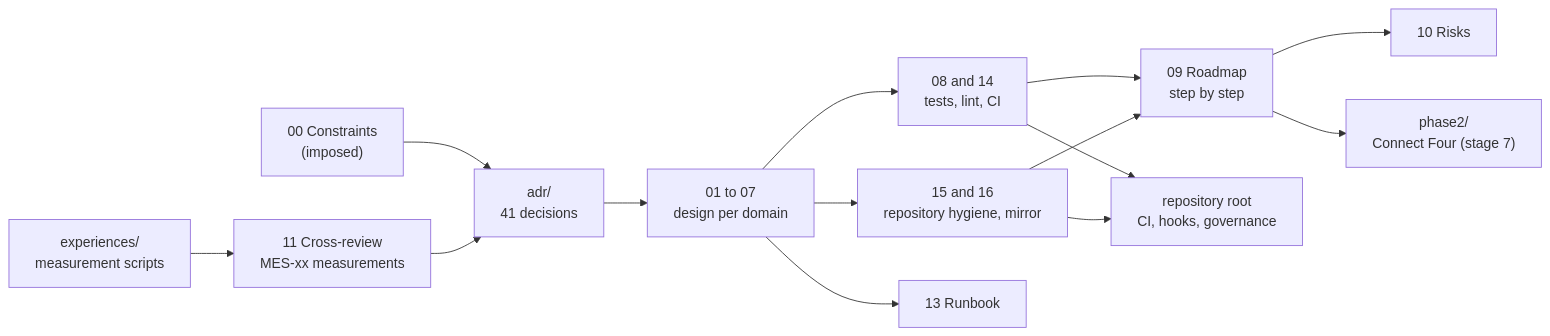
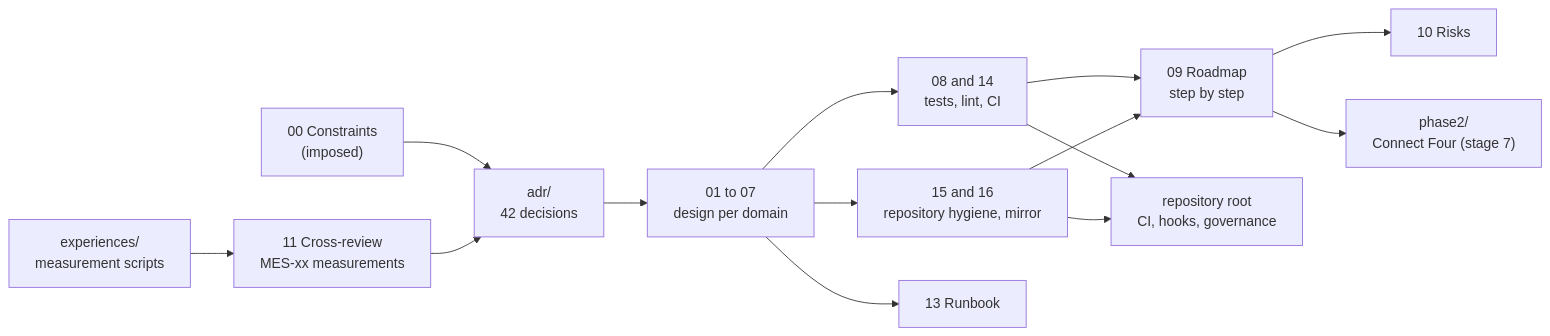
One commit to FoxaxeWasTaken/Robotics changed the diagram in docs/project/README.md. Above: the diagram before and after it, drawn with Mermaid. The commit also changed other lines of this file and 62 other files, not shown here.

````diff
--- a/docs/project/README.md
+++ b/docs/project/README.md
@@ -22,16 +22,16 @@
 ```mermaid
 flowchart LR
-  C["00 Constraints<br/>(imposed)"] --> A["adr/<br/>41 decisions"]
+  C["00 Constraints<br/>(imposed)"] --> A["adr/<br/>42 decisions"]
   X["experiences/<br/>measurement scripts"] --> MS["11 Cross-review<br/>MES-xx measurements"]
   MS --> A
   A --> D["01 to 07<br/>design per domain"]
   D --> Q["08 and 14<br/>tests, lint, CI"]
   D --> H["15 and 16<br/>repository hygiene, mirror"]
   Q --> R["09 Roadmap<br/>step by step"]
   H --> R
   R --> K["10 Risks"]
   Q --> T["repository root<br/>CI, hooks, governance"]
   H --> T
   D --> O["13 Runbook"]
   R --> P2["phase2/<br/>Connect Four (stage 7)"]
 ```
````
